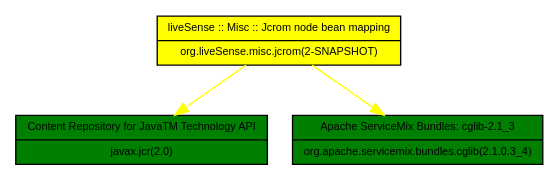
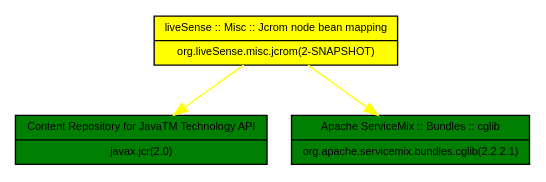
One commit to liveSense/org.liveSense.misc.jcrom changed the diagram in osgidependencies.dot. Above: the diagram before and after it, drawn with Graphviz. The commit also changed 4 other files, not shown here.

```diff
--- a/osgidependencies.dot
+++ b/osgidependencies.dot
@@ -1,7 +1,7 @@
 digraph {
 	node[shape=record, fontname="Arial", fontsize=8]node [style=filled, fillcolor=yellow, label= "{liveSense :: Misc :: Jcrom node bean mapping | org.liveSense.misc.jcrom(2-SNAPSHOT)}"] org_liveSense_misc_jcrom;
 node [style=filled, fillcolor=green, label= "{Content Repository for JavaTM Technology API | javax.jcr(2.0)}"] javax_jcr;
-node [style=filled, fillcolor=green, label= "{Apache ServiceMix Bundles: cglib-2.1_3 | org.apache.servicemix.bundles.cglib(2.1.0.3_4)}"] org_apache_servicemix_bundles_cglib;
+node [style=filled, fillcolor=green, label= "{Apache ServiceMix :: Bundles :: cglib | org.apache.servicemix.bundles.cglib(2.2.2.1)}"] org_apache_servicemix_bundles_cglib;
 org_liveSense_misc_jcrom -> javax_jcr [color=yellow];
 org_liveSense_misc_jcrom -> org_apache_servicemix_bundles_cglib [color=yellow];
 {rank=same;javax_jcr;org_apache_servicemix_bundles_cglib;};}
```
